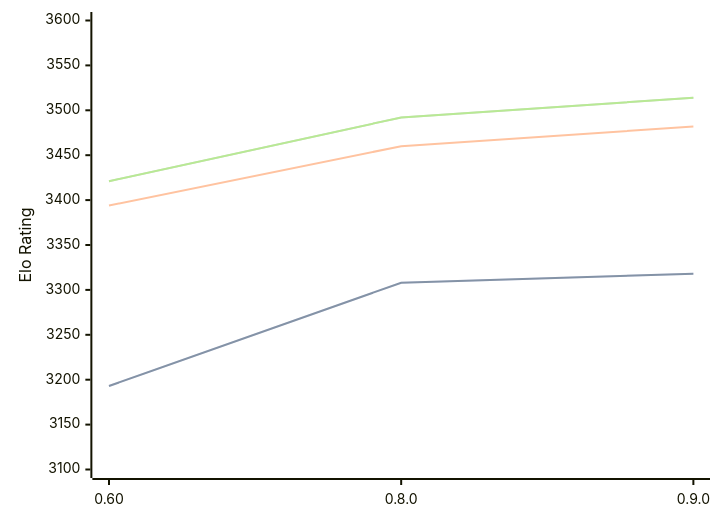
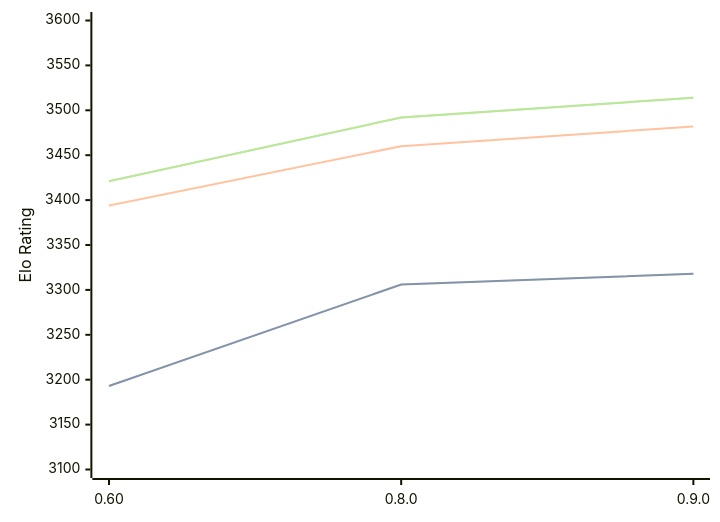
The diagram in engines/Motor.md (computer-chess-index/cci), drawn with Mermaid before and after one commit. The commit also changed other lines of this file, not shown here.

````diff
--- a/engines/Motor.md
+++ b/engines/Motor.md
@@ -39,11 +39,11 @@
 ```mermaid
 %%{init: {"theme":"base","themeVariables":{"seriesColors:['#a3a3a3','#222221','#faa371']}}}%%
 xychart-beta
   x-axis ["0.60", "0.8.0", "0.9.0"]
   y-axis "Elo Rating" 3100 --> 3600
-  line "STC (8.0+0.08s)" [3193, 3308, 3318]
-  line "STC (8.0+0.08s)" [3193, 3308, 3318]
+  line "STC (8.0+0.08s)" [3193, 3306, 3318]
+  line "STC (8.0+0.08s)" [3193, 3306, 3318]
   line "LTC (60.0+0.60s)" [3394, 3460, 3482]
   line "VLTC (2m24s+1.12s)" [3421, 3492, 3514]
   line "VLTC (2m24s+1.12s)" [3421, 3492, 3514]
 ```
````
